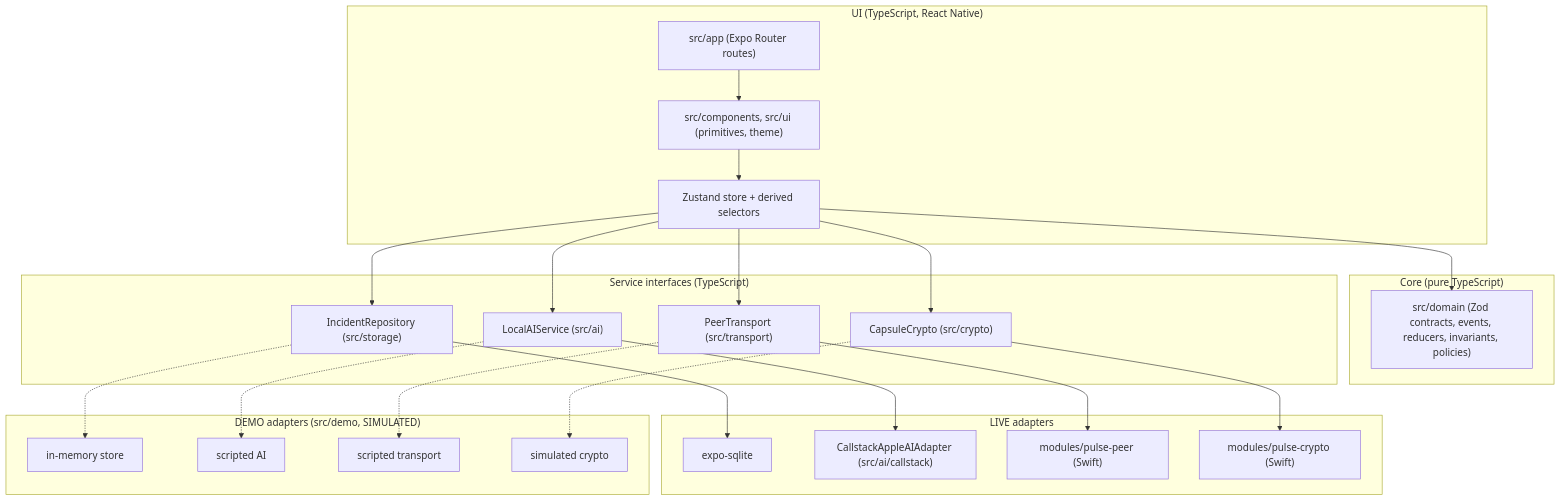
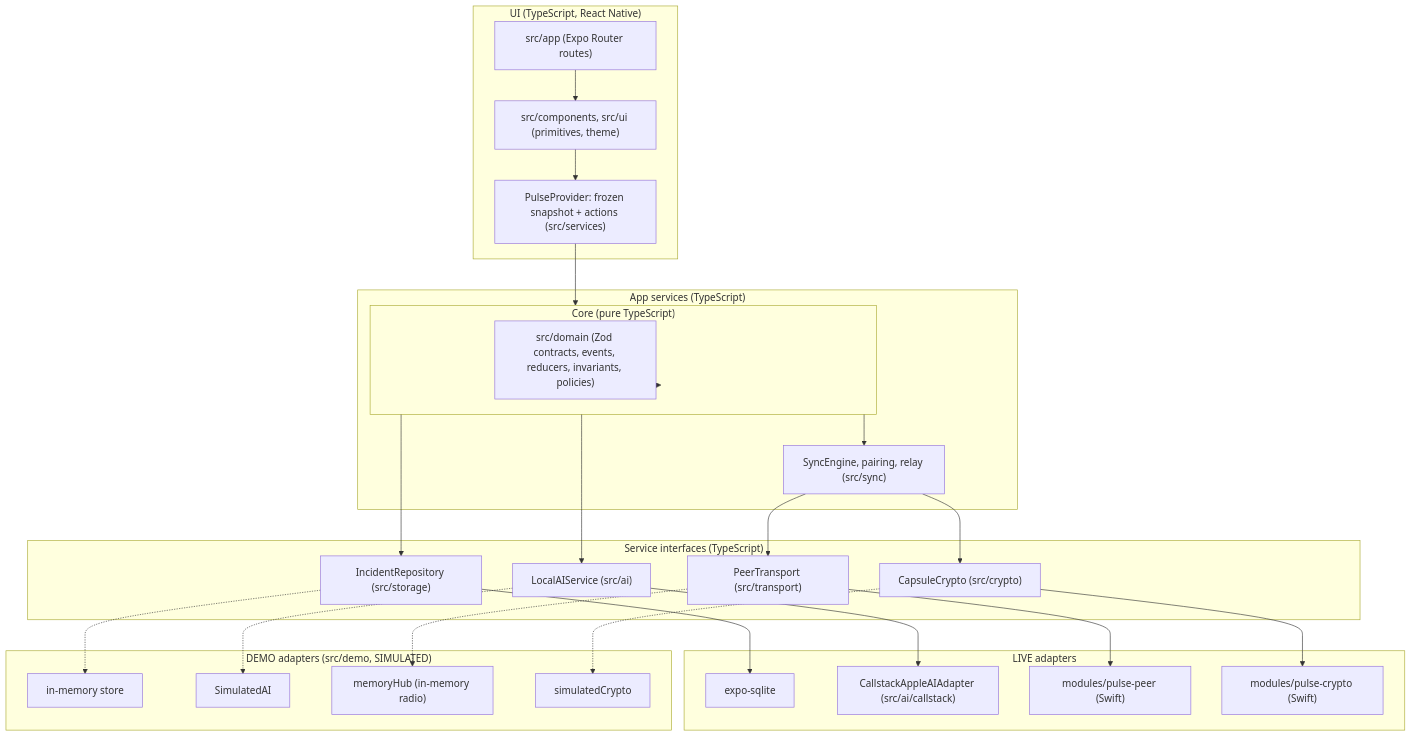
The first of 2 diagrams in docs/ARCHITECTURE.md (jamesjmnz/AB-Philippines-Hackathon-2026), drawn with Mermaid before and after one commit. The commit also changed other lines of this file and 18 other files, not shown here.

````diff
--- a/docs/ARCHITECTURE.md
+++ b/docs/ARCHITECTURE.md
@@ -15,44 +15,51 @@
 ```mermaid
 flowchart TD
   subgraph UI["UI (TypeScript, React Native)"]
     Routes["src/app (Expo Router routes)"]
     Components["src/components, src/ui (primitives, theme)"]
-    Store["Zustand store + derived selectors"]
+    Store["PulseProvider: frozen snapshot + actions (src/services)"]
+  end
+
+  subgraph App["App services (TypeScript)"]
+    Core["PulseCore: one device's core (src/services)"]
+    Sync["SyncEngine, pairing, relay (src/sync)"]
   end
 
   subgraph Core["Core (pure TypeScript)"]
     Domain["src/domain (Zod contracts, events, reducers, invariants, policies)"]
   end
 
   subgraph Services["Service interfaces (TypeScript)"]
     Repo["IncidentRepository (src/storage)"]
     AI["LocalAIService (src/ai)"]
     Transport["PeerTransport (src/transport)"]
     Crypto["CapsuleCrypto (src/crypto)"]
   end
 
   subgraph Live["LIVE adapters"]
     SQLite["expo-sqlite"]
     Callstack["CallstackAppleAIAdapter (src/ai/callstack)"]
     PeerNative["modules/pulse-peer (Swift)"]
     CryptoNative["modules/pulse-crypto (Swift)"]
   end
 
   subgraph Demo["DEMO adapters (src/demo, SIMULATED)"]
     MemStore["in-memory store"]
-    FakeAI["scripted AI"]
-    FakePeer["scripted transport"]
-    FakeCrypto["simulated crypto"]
+    FakeAI["SimulatedAI"]
+    FakePeer["memoryHub (in-memory radio)"]
+    FakeCrypto["simulatedCrypto"]
   end
 
-  Routes --> Components --> Store --> Domain
-  Store --> Repo & AI & Transport & Crypto
+  Routes --> Components --> Store --> Core
+  Core --> Domain
+  Core --> Repo & AI & Sync
+  Sync --> Transport & Crypto
   Repo --> SQLite
   AI --> Callstack
   Transport --> PeerNative
   Crypto --> CryptoNative
   Repo -.-> MemStore
   AI -.-> FakeAI
   Transport -.-> FakePeer
   Crypto -.-> FakeCrypto
 ```
````
